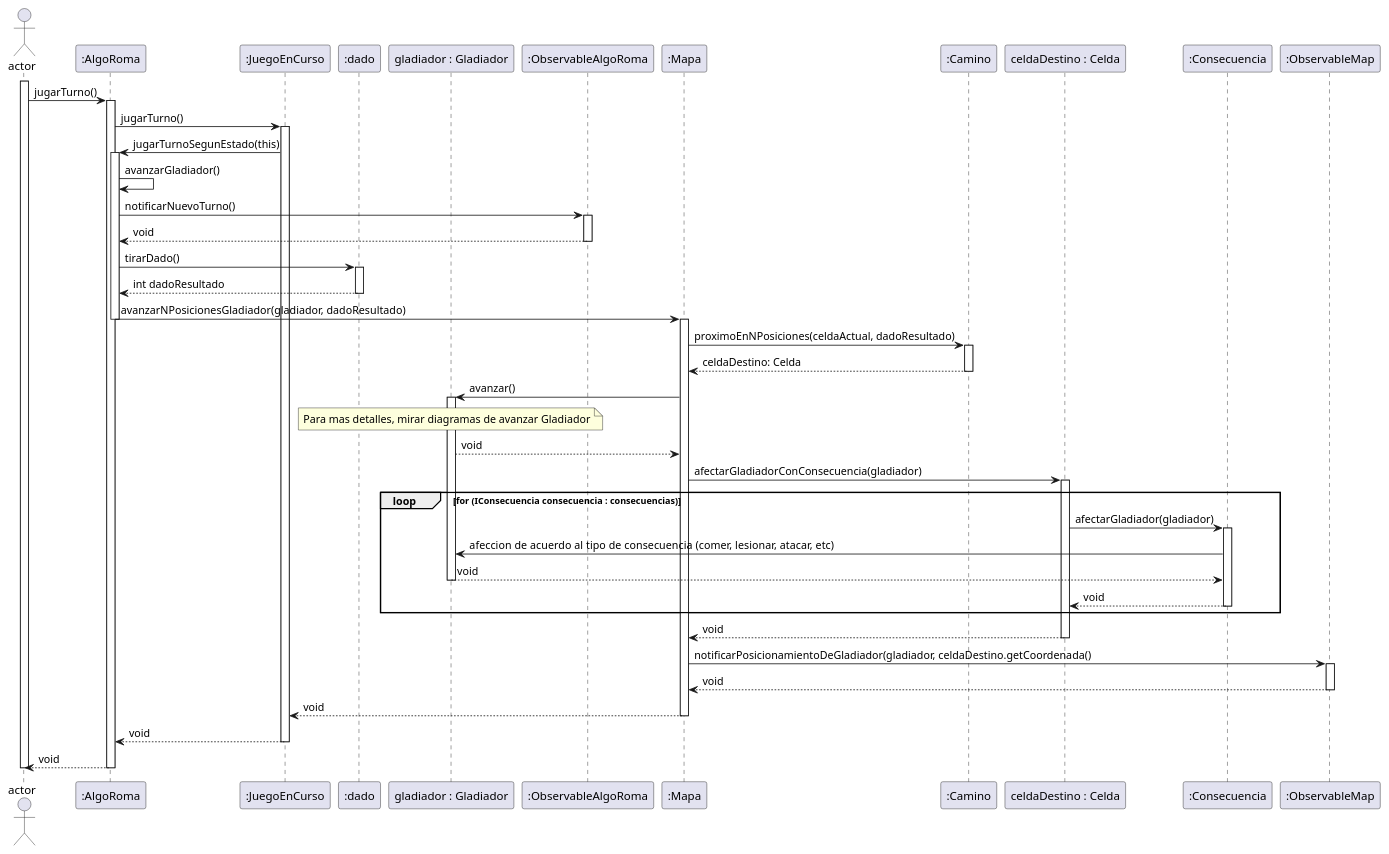
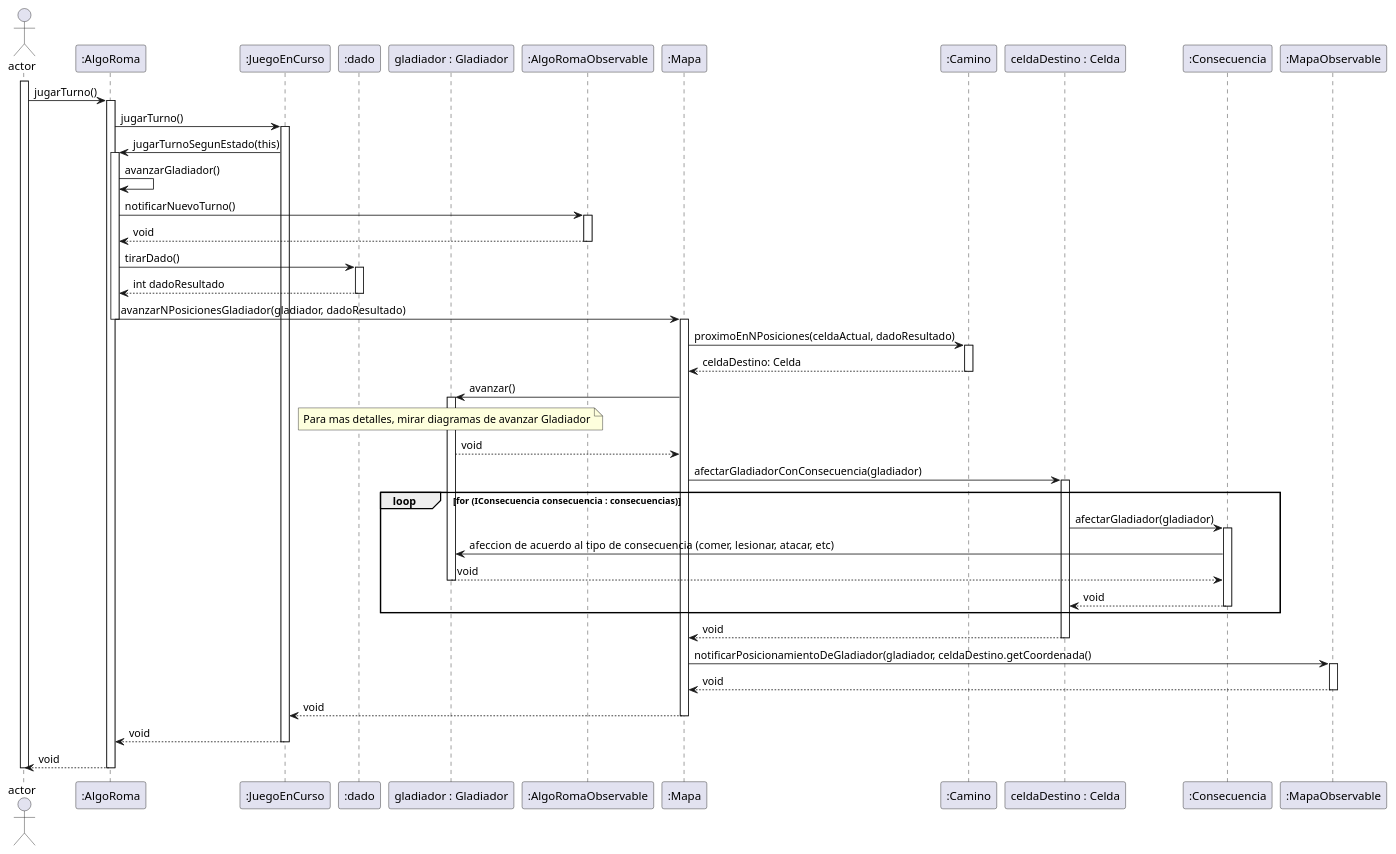
One commit to RodriguezNazareno56/FIUBA-Algo3-TP2 changed the diagram in diagrams/sequences/JugadorUnTurnoDiagramaCompletoSinDetallesDelGladiador.plantuml. Above: the diagram before and after it, drawn with PlantUML. The commit also changed 8 other files, not shown here.

Commit message:
cambio el nombre de los observables en los diagramas se secuencias (#203)

```diff
--- a/diagrams/sequences/JugadorUnTurnoDiagramaCompletoSinDetallesDelGladiador.plantuml
+++ b/diagrams/sequences/JugadorUnTurnoDiagramaCompletoSinDetallesDelGladiador.plantuml
@@ -1,66 +1,66 @@
 @startuml
 actor Actor as "actor"
 participant AlgoRoma as ":AlgoRoma"
 participant JuegoEnCurso as ":JuegoEnCurso"
 participant Dado as ":dado"
 participant Gladiador as "gladiador : Gladiador"
-participant ObservableAlgoRoma as ":ObservableAlgoRoma"
+participant ObservableAlgoRoma as ":AlgoRomaObservable"
 participant Mapa as ":Mapa"
 participant Camino as ":Camino"
 participant Celda as "celdaDestino : Celda"
 participant Consecuencia as ":Consecuencia"
-participant ObservableMapa as ":ObservableMap"
+participant ObservableMapa as ":MapaObservable"
 
   activate Actor
     Actor->AlgoRoma: jugarTurno()
     activate AlgoRoma
       AlgoRoma->JuegoEnCurso: jugarTurno()
       activate JuegoEnCurso
         JuegoEnCurso->AlgoRoma: jugarTurnoSegunEstado(this)
           activate AlgoRoma
           AlgoRoma->AlgoRoma: avanzarGladiador()
           AlgoRoma->ObservableAlgoRoma: notificarNuevoTurno()
           activate ObservableAlgoRoma
           AlgoRoma<--ObservableAlgoRoma: void
           deactivate ObservableAlgoRoma
           AlgoRoma->Dado: tirarDado()
           activate Dado
           Dado-->AlgoRoma: int dadoResultado
           deactivate Dado
           AlgoRoma->Mapa: avanzarNPosicionesGladiador(gladiador, dadoResultado)
           deactivate AlgoRoma
           activate Mapa
             Mapa->Camino: proximoEnNPosiciones(celdaActual, dadoResultado)
             activate Camino
             Mapa<--Camino: celdaDestino: Celda
             deactivate Camino
             Mapa->Gladiador: avanzar()
             activate Gladiador
             note over Gladiador: Para mas detalles, mirar diagramas de avanzar Gladiador
             Mapa<--Gladiador: void
             Mapa->Celda: afectarGladiadorConConsecuencia(gladiador)
             loop for (IConsecuencia consecuencia : consecuencias)
             activate Celda
               Celda->Consecuencia: afectarGladiador(gladiador)
               activate Consecuencia
               Consecuencia->Gladiador: afeccion de acuerdo al tipo de consecuencia (comer, lesionar, atacar, etc)
               Gladiador-->Consecuencia: void
               deactivate Gladiador
               Consecuencia-->Celda: void
               deactivate Consecuencia
             end
             Mapa<--Celda: void
             deactivate Celda
             Mapa->ObservableMapa: notificarPosicionamientoDeGladiador(gladiador, celdaDestino.getCoordenada()
             activate ObservableMapa
             Mapa<--ObservableMapa: void
             deactivate ObservableMapa
           JuegoEnCurso<--Mapa: void
           deactivate Mapa
       AlgoRoma<--JuegoEnCurso: void
       deactivate JuegoEnCurso
     Actor<--AlgoRoma: void
     deactivate AlgoRoma
 
   deactivate Actor
 @enduml
```
